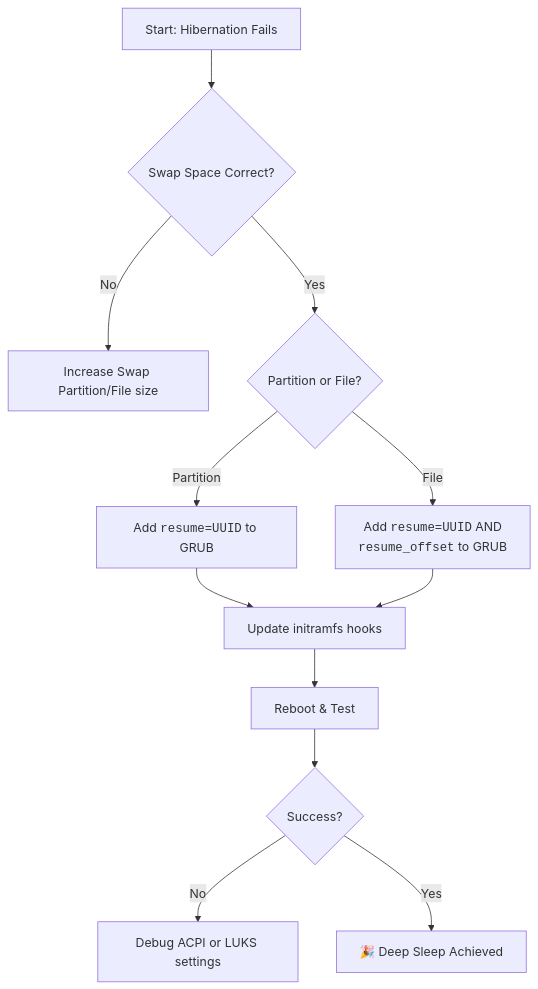
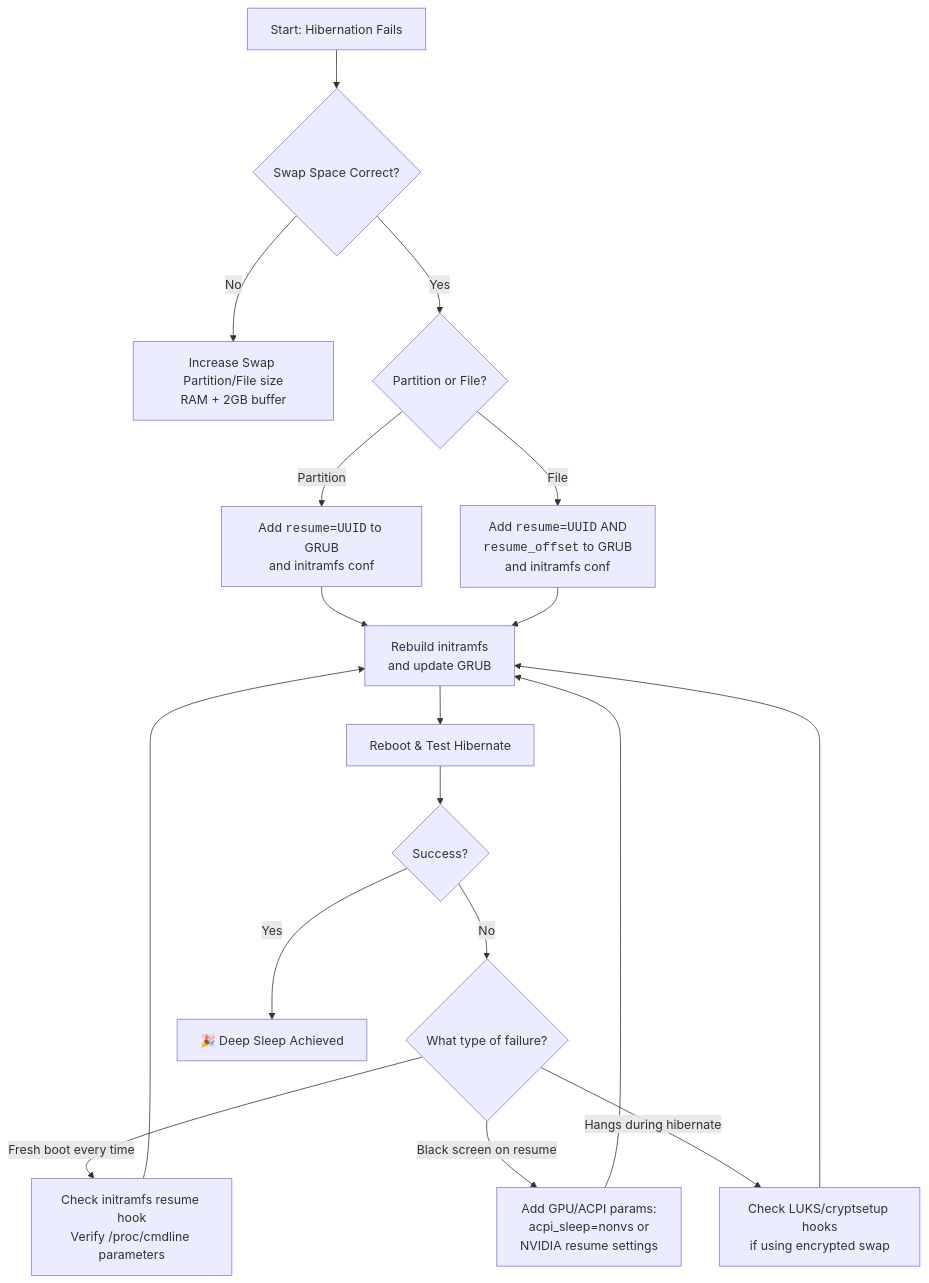
One commit to htghuzaifa2/huzi.pk-web-v2 changed the diagram in src/data/blogs/posts/tech/linux-hibernation-swap-resume-offset-fix.md. Above: the diagram before and after it, drawn with Mermaid. The commit also changed other lines of this file and 488 other files, not shown here.

````diff
--- a/src/data/blogs/posts/tech/linux-hibernation-swap-resume-offset-fix.md
+++ b/src/data/blogs/posts/tech/linux-hibernation-swap-resume-offset-fix.md
@@ -40,17 +209,23 @@
 ```mermaid
 flowchart TD
     A[Start: Hibernation Fails] --> B{Swap Space Correct?}
-    B -- No --> C[Increase Swap Partition/File size]
+    B -- No --> C[Increase Swap Partition/File size<br>RAM + 2GB buffer]
     B -- Yes --> D{Partition or File?}
-    
-    D -- Partition --> E[Add <code>resume=UUID</code> to GRUB]
-    D -- File --> F[Add <code>resume=UUID</code> AND<br><code>resume_offset</code> to GRUB]
-    
-    E --> G[Update initramfs hooks]
+
+    D -- Partition --> E[Add <code>resume=UUID</code> to GRUB<br>and initramfs conf]
+    D -- File --> F[Add <code>resume=UUID</code> AND<br><code>resume_offset</code> to GRUB<br>and initramfs conf]
+
+    E --> G[Rebuild initramfs<br>and update GRUB]
     F --> G
-    
-    G --> H[Reboot & Test]
+
+    G --> H[Reboot & Test Hibernate]
     H --> I{Success?}
-    I -- No --> J[Debug ACPI or LUKS settings]
-    I -- Yes --> K[🎉 Deep Sleep Achieved]
+    I -- No --> J{What type of failure?}
+    J -- Fresh boot every time --> K[Check initramfs resume hook<br>Verify /proc/cmdline parameters]
+    J -- Black screen on resume --> L[Add GPU/ACPI params:<br>acpi_sleep=nonvs or<br>NVIDIA resume settings]
+    J -- Hangs during hibernate --> M[Check LUKS/cryptsetup hooks<br>if using encrypted swap]
+    K --> G
+    L --> G
+    M --> G
+    I -- Yes --> N[🎉 Deep Sleep Achieved]
 ```
````
